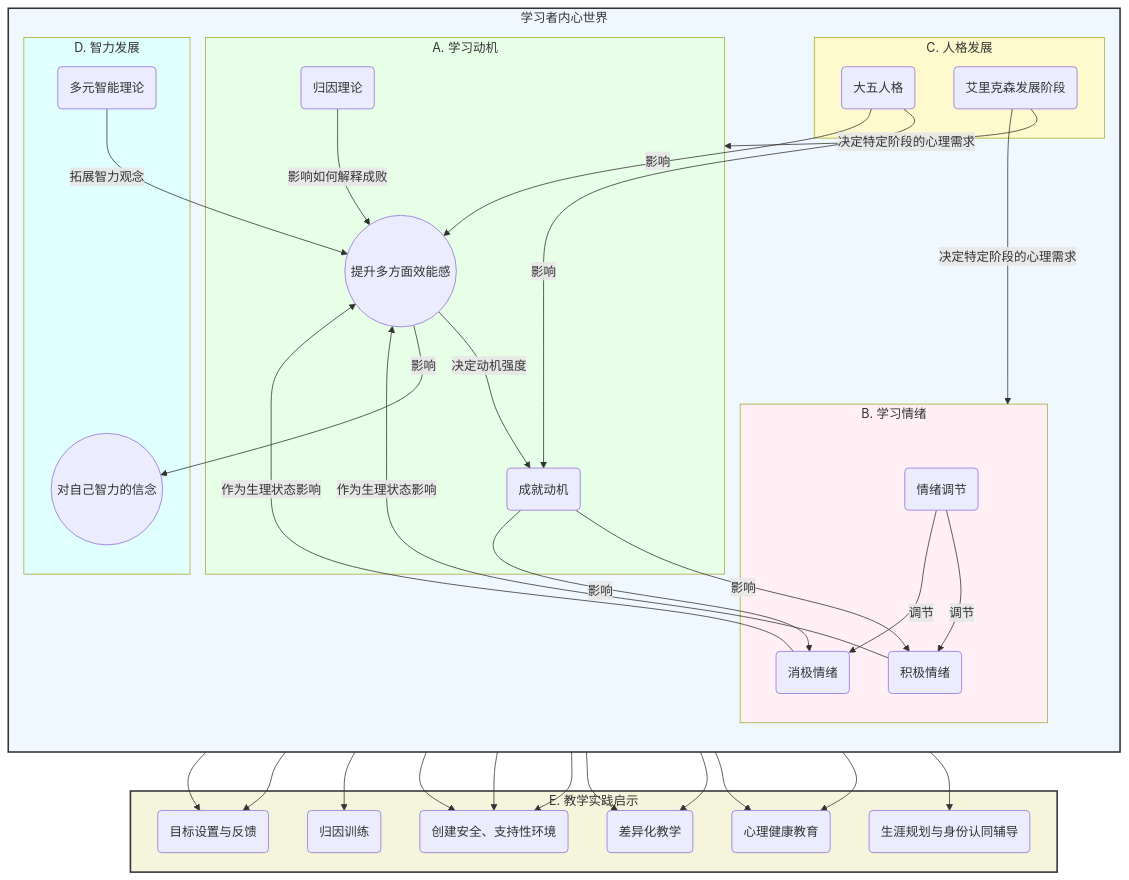
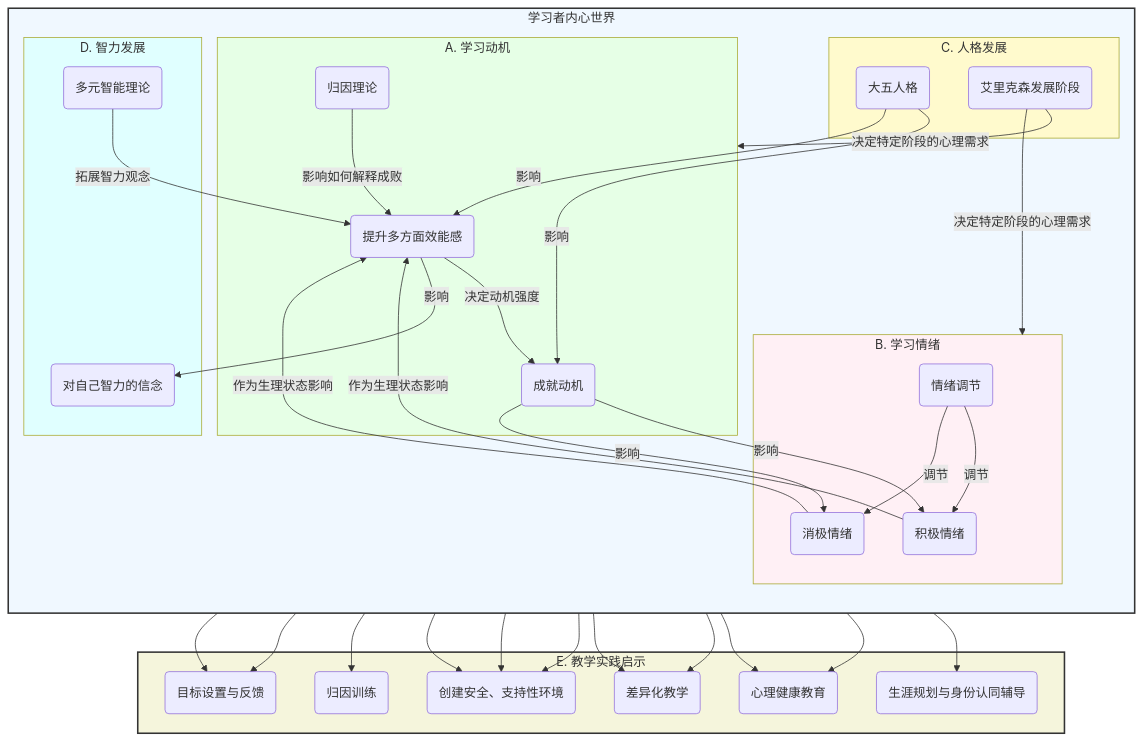
The diagram in 01-教育哲学与理论基础/01-03-教育心理学原理-知识图谱.md (adaliu888/PrimarySecondaryEducatio), drawn with Mermaid before and after one commit. The commit also changed other lines of this file and 45 other files, not shown here.

````diff
--- a/01-教育哲学与理论基础/01-03-教育心理学原理-知识图谱.md
+++ b/01-教育哲学与理论基础/01-03-教育心理学原理-知识图谱.md
@@ -7,67 +5,76 @@
 ```mermaid
 graph TD
-    subgraph Learner [学习者内心世界]
+    subgraph Learner ["学习者内心世界"]
         direction TB
 
-        subgraph Motivation [A. 学习动机]
+        subgraph Motivation ["A. 学习动机"]
             A1(成就动机)
             A2(归因理论)
             A3(自我效能)
         end
 
-        subgraph Emotion [B. 学习情绪]
+        subgraph Emotion ["B. 学习情绪"]
             B1(积极情绪)
             B2(消极情绪)
             B3(情绪调节)
         end
 
-        subgraph Personality [C. 人格发展]
+        subgraph Personality ["C. 人格发展"]
             C1(艾里克森发展阶段)
             C2(大五人格)
         end
 
-        subgraph Intelligence [D. 智力发展]
+        subgraph Intelligence ["D. 智力发展"]
             D1(传统智力观: IQ)
             D2(多元智能理论)
         end
     end
 
     %% 核心概念间的相互影响关系
     A2 -- 影响如何解释成败 --> A3
     A3 -- 决定动机强度 --> A1
-    A1 -- 影响 --> B1 & B2
+    A1 -- 影响 --> B1
+    A1 -- 影响 --> B2
 
-    B1 & B2 -- 作为生理状态影响 --> A3
-    B3 -- 调节 --> B1 & B2
+    B1 -- 作为生理状态影响 --> A3
+    B2 -- 作为生理状态影响 --> A3
+    B3 -- 调节 --> B1
+    B3 -- 调节 --> B2
     
-    C2 -- 影响 --> A1 & A3
+    C2 -- 影响 --> A1
+    C2 -- 影响 --> A3
     C1 -- 决定特定阶段的心理需求 --> Motivation
     C1 -- 决定特定阶段的心理需求 --> Emotion
     
-    A3 -- 影响 --> D1((对自己智力的信念))
-    D2 -- 拓展智力观念 --> A3((提升多方面效能感))
+    A3 -- 影响 --> D1("对自己智力的信念")
+    D2 -- 拓展智力观念 --> A3("提升多方面效能感")
     
     %% 理论对教学实践的指导
-    subgraph Practice [E. 教学实践启示]
+    subgraph Practice ["E. 教学实践启示"]
         E1(目标设置与反馈)
         E2(归因训练)
         E3(创建安全、支持性环境)
         E4(差异化教学)
         E5(心理健康教育)
         E6(生涯规划与身份认同辅导)
     end
 
-    A1 & A3 --> E1
+    A1 --> E1
+    A3 --> E1
     A2 --> E2
-    B1 & B2 & B3 --> E3
-    C2 & D2 --> E4
-    B3 & C1 --> E5
+    B1 --> E3
+    B2 --> E3
+    B3 --> E3
+    C2 --> E4
+    D2 --> E4
+    B3 --> E5
+    C1 --> E5
     C1 --> E6
 
     style Learner fill:#f0f8ff,stroke:#333,stroke-width:2px
     style Motivation fill:#e6ffe6
     style Emotion fill:#fff0f5
     style Personality fill:#fffacd
     style Intelligence fill:#e0ffff
     style Practice fill:#f5f5dc,stroke:#333,stroke-width:2px
 ```
````
